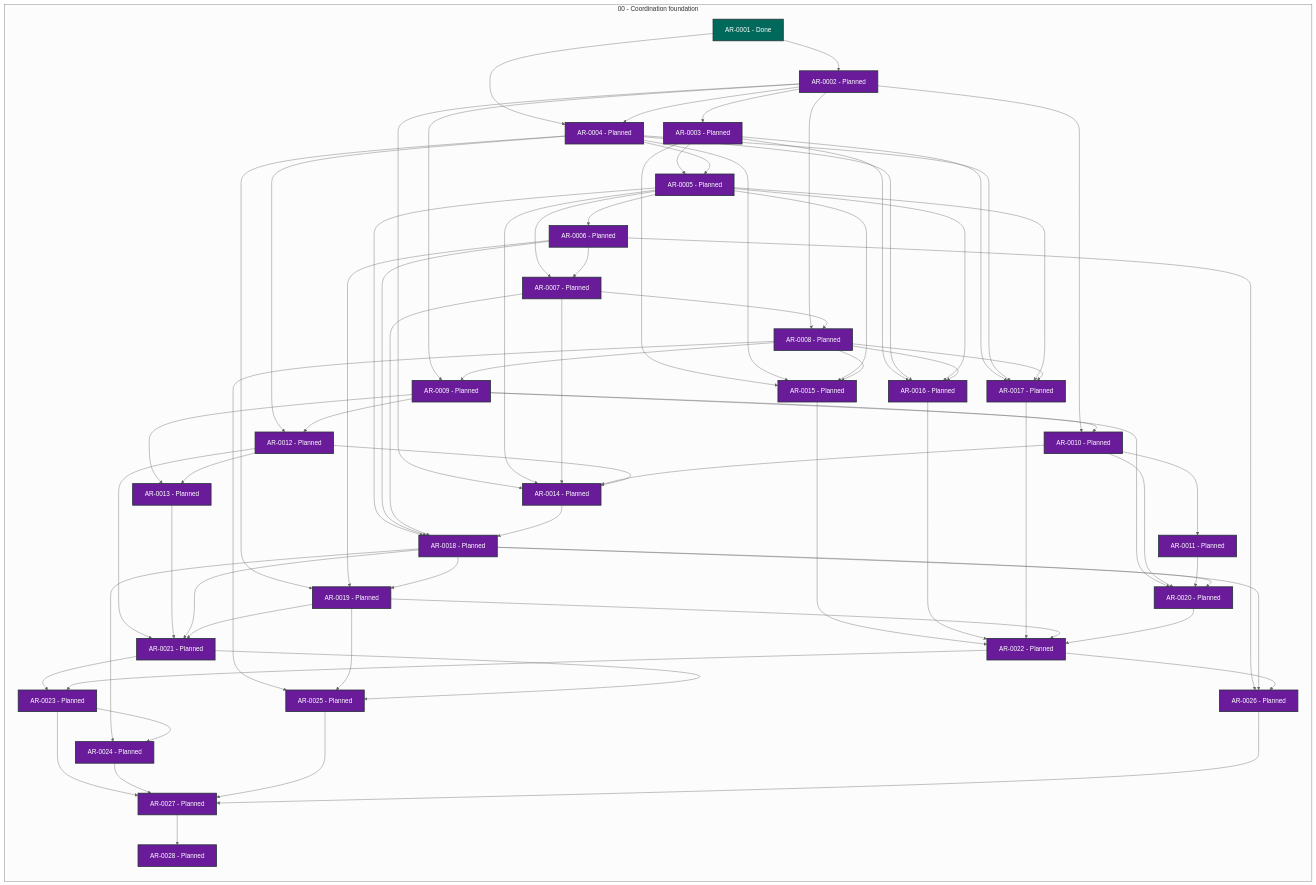
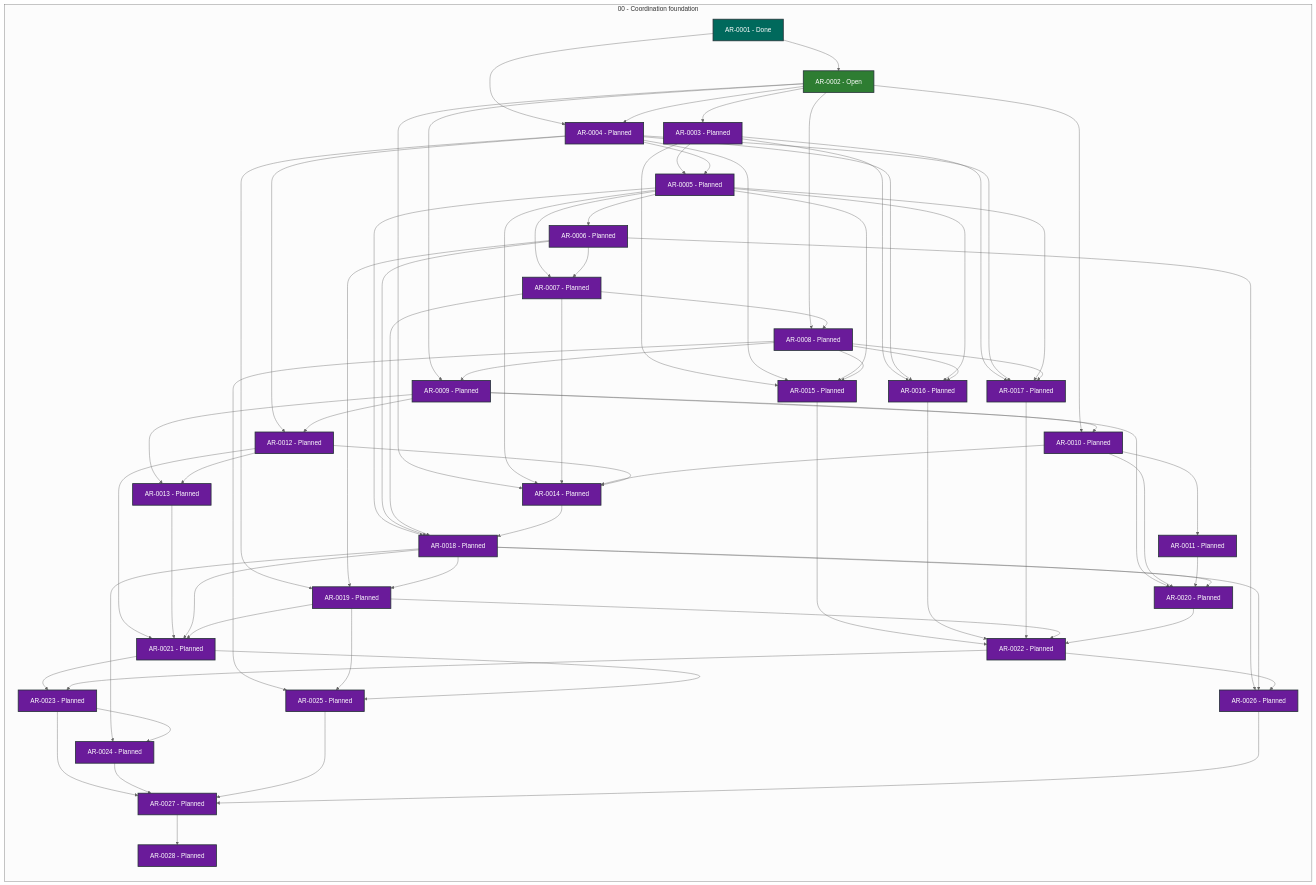
The diagram in STATUS.md (martin-beck/agent-workflow-runtime-state), drawn with Mermaid (neutral theme) before and after one commit. The commit also changed other lines of this file and 2 other files, not shown here.

```diff
--- a/STATUS.md
+++ b/STATUS.md
@@ -29,7 +29,7 @@
     subgraph series_00["00 - Coordination foundation"]
         direction TB
         AR_0001["AR-0001 - Done"]:::status_done
-        AR_0002["AR-0002 - Planned"]:::status_planned
+        AR_0002["AR-0002 - Open"]:::status_open
         AR_0003["AR-0003 - Planned"]:::status_planned
         AR_0004["AR-0004 - Planned"]:::status_planned
         AR_0005["AR-0005 - Planned"]:::status_planned
```
